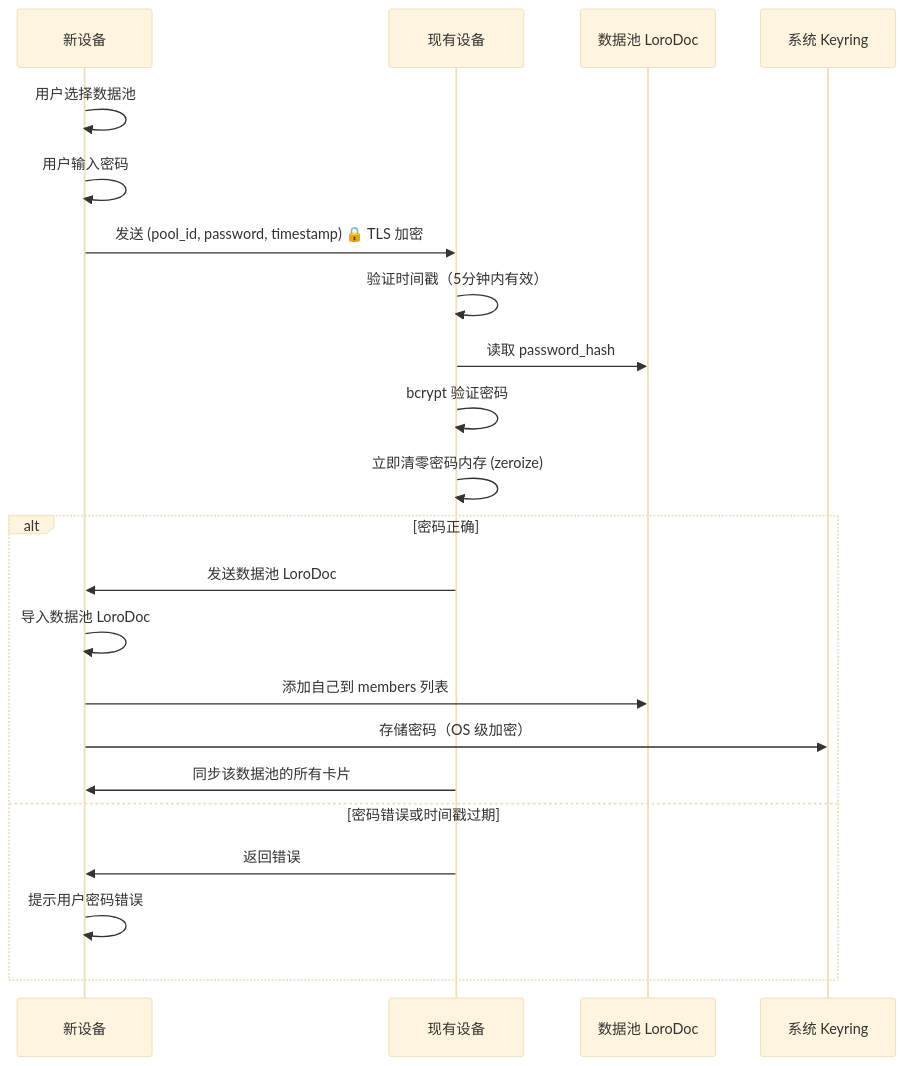
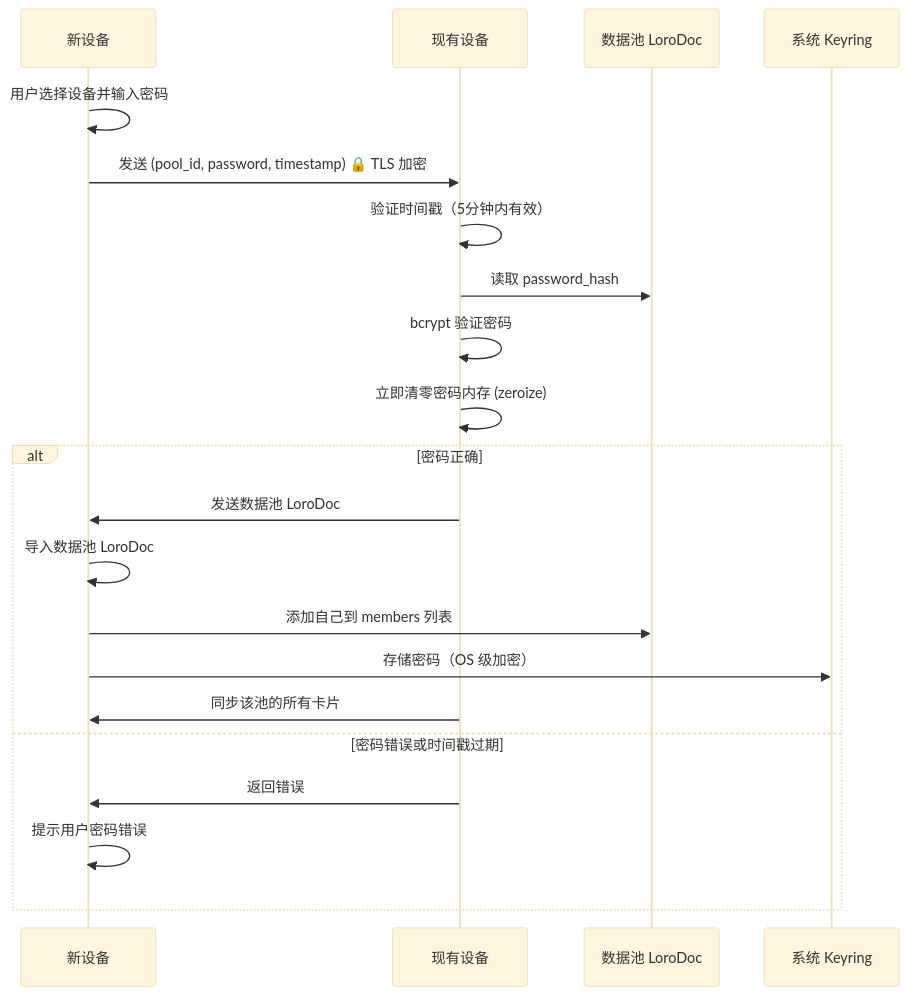
The third of 4 diagrams in docs/architecture/sync_mechanism.md (alexcdever/CardMind), drawn with Mermaid (base theme) before and after one commit. The commit also changed other lines of this file and 48 other files, not shown here.

````diff
--- a/docs/architecture/sync_mechanism.md
+++ b/docs/architecture/sync_mechanism.md
@@ -155,25 +159,24 @@
 ```mermaid
 sequenceDiagram
     participant NewDevice as 新设备
     participant ExistingDevice as 现有设备
     participant PoolDoc as 数据池 LoroDoc
     participant Keyring as 系统 Keyring
 
-    NewDevice->>NewDevice: 用户选择数据池
-    NewDevice->>NewDevice: 用户输入密码
+    NewDevice->>NewDevice: 用户选择设备并输入密码
     NewDevice->>ExistingDevice: 发送 (pool_id, password, timestamp) 🔒 TLS 加密
     ExistingDevice->>ExistingDevice: 验证时间戳（5分钟内有效）
     ExistingDevice->>PoolDoc: 读取 password_hash
     ExistingDevice->>ExistingDevice: bcrypt 验证密码
     ExistingDevice->>ExistingDevice: 立即清零密码内存 (zeroize)
     alt 密码正确
         ExistingDevice->>NewDevice: 发送数据池 LoroDoc
         NewDevice->>NewDevice: 导入数据池 LoroDoc
         NewDevice->>PoolDoc: 添加自己到 members 列表
         NewDevice->>Keyring: 存储密码（OS 级加密）
-        ExistingDevice->>NewDevice: 同步该数据池的所有卡片
+        ExistingDevice->>NewDevice: 同步该池的所有卡片
     else 密码错误或时间戳过期
         ExistingDevice->>NewDevice: 返回错误
         NewDevice->>NewDevice: 提示用户密码错误
     end
 ```
````
